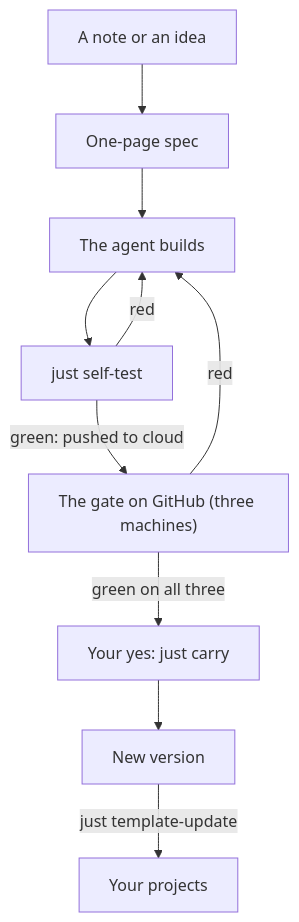
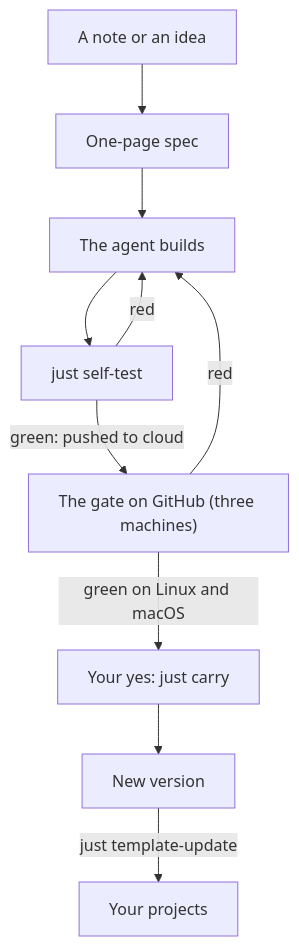
The second of 2 diagrams in docs/how-it-works.md (yerlytech/ai-backbone), drawn with Mermaid before and after one commit. The commit also changed other lines of this file and 10 other files, not shown here.

Commit message:
feat(gate): Windows reports, Linux and macOS decide the carry (spec 037)

````diff
--- a/docs/how-it-works.md
+++ b/docs/how-it-works.md
@@ -86,20 +88,20 @@
 ```mermaid
 flowchart TD
     idea["A note or an idea"]
     spec["One-page spec"]
     build["The agent builds"]
     test["just self-test"]
     gate["The gate on GitHub (three machines)"]
     ver["New version"]
     projs["Your projects"]
 
     idea --> spec
     spec --> build
     build --> test
     test -->|"red"| build
     test -->|"green: pushed to cloud"| gate
     gate -->|"red"| build
-    gate -->|"green on all three"| yes
+    gate -->|"green on Linux and macOS"| yes
     yes["Your yes: just carry"] --> ver
     ver -->|"just template-update"| projs
 ```
````
